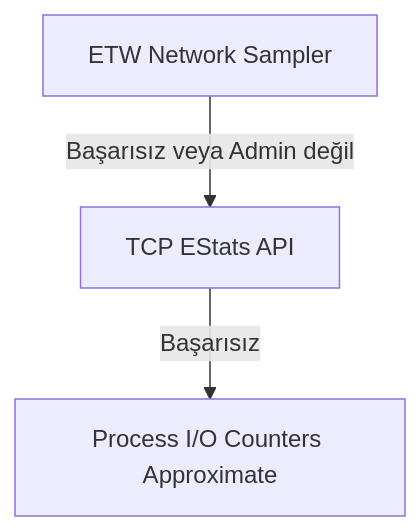
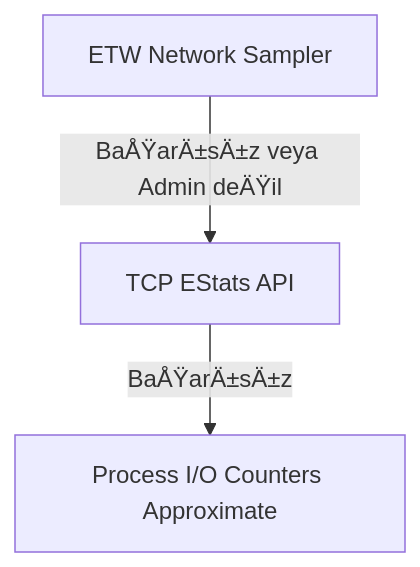
The fourth of 7 diagrams in Docs/ARCHITECTURE_DEEP_DIVE.md (siklone/RegProbe), drawn with Mermaid before and after one commit. The commit also changed other lines of this file and 66 other files, not shown here.

````diff
--- a/Docs/ARCHITECTURE_DEEP_DIVE.md
+++ b/Docs/ARCHITECTURE_DEEP_DIVE.md
@@ -98,5 +98,5 @@
 ```mermaid
 graph TD
-    A[ETW Network Sampler] -->|Başarısız veya Admin değil| B[TCP EStats API]
-    B -->|Başarısız| C[Process I/O Counters Approximate]
+    A[ETW Network Sampler] -->|BaÅŸarÄ±sÄ±z veya Admin deÄŸil| B[TCP EStats API]
+    B -->|BaÅŸarÄ±sÄ±z| C[Process I/O Counters Approximate]
 ```
````
